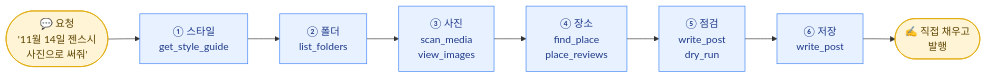
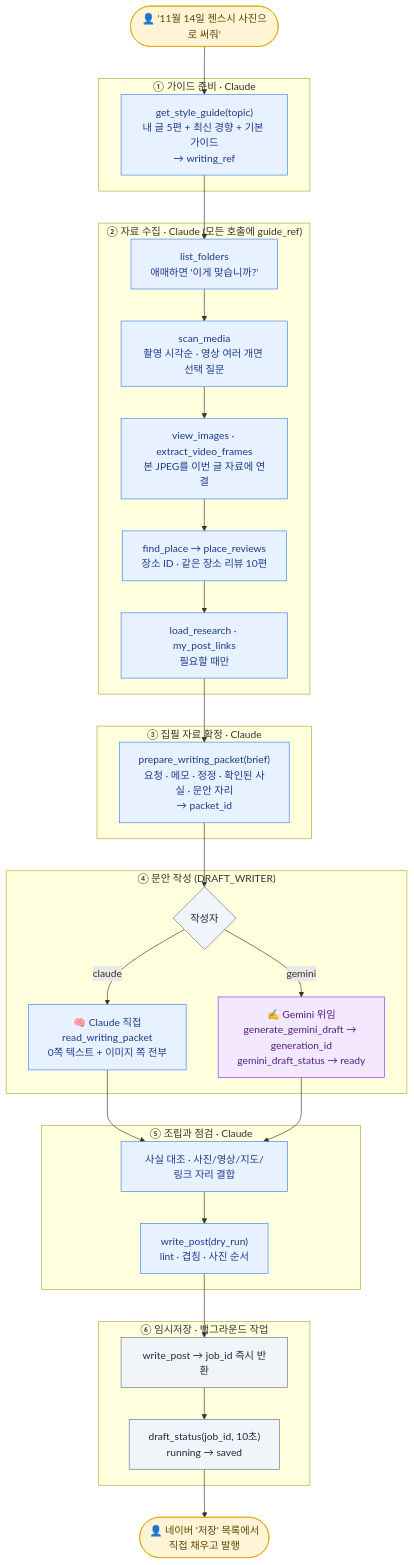
The second of 2 diagrams in README.md (yoonwanggyu/naverblog-mcp), drawn with Mermaid before and after one commit. The commit also changed other lines of this file and 33 other files, not shown here.

First line of the commit message:
임시저장 접수·조회 구조, Gemini 글쓰기 서브에이전트, 문서 최신화

````diff
--- a/README.md
+++ b/README.md
@@ -21,14 +64,44 @@
 ```mermaid
-flowchart LR
-    U(["💬 요청<br/>'11월 14일 젠스시<br/>사진으로 써줘'"]) --> S1
-    S1["① 스타일<br/>get_style_guide"] --> S2["② 폴더<br/>list_folders"]
-    S2 --> S3["③ 사진<br/>scan_media<br/>view_images"]
-    S3 --> S4["④ 장소<br/>find_place<br/>place_reviews"]
-    S4 --> S5["⑤ 점검<br/>write_post<br/>dry_run"]
-    S5 --> S6["⑥ 저장<br/>write_post"]
-    S6 --> P(["✍️ 직접 채우고<br/>발행"])
+flowchart TB
+    REQ(["👤 '11월 14일 젠스시 사진으로 써줘'"])
+    subgraph P1["① 가이드 준비 · Claude"]
+        A1["get_style_guide(topic)<br/>내 글 5편 + 최신 경향 + 기본 가이드<br/>→ writing_ref"]
+    end
+    subgraph P2["② 자료 수집 · Claude (모든 호출에 guide_ref)"]
+        B1["list_folders<br/>애매하면 '이게 맞습니까?'"] --> B2["scan_media<br/>촬영 시각순 · 영상 여러 개면 선택 질문"]
+        B2 --> B3["view_images · extract_video_frames<br/>본 JPEG를 이번 글 자료에 연결"]
+        B3 --> B4["find_place → place_reviews<br/>장소 ID · 같은 장소 리뷰 10편"]
+        B4 --> B5["load_research · my_post_links<br/>필요할 때만"]
+    end
+    subgraph P3["③ 집필 자료 확정 · Claude"]
+        C1["prepare_writing_packet(brief)<br/>요청 · 메모 · 정정 · 확인된 사실 · 문안 자리<br/>→ packet_id"]
+    end
+    subgraph P4["④ 문안 작성 (DRAFT_WRITER)"]
+        D0{"작성자"}
+        D1["🧠 Claude 직접<br/>read_writing_packet<br/>0쪽 텍스트 + 이미지 쪽 전부"]
+        D2["✍️ Gemini 위임<br/>generate_gemini_draft → generation_id<br/>gemini_draft_status → ready"]
+        D0 -->|claude| D1
+        D0 -->|gemini| D2
+    end
+    subgraph P5["⑤ 조립과 점검 · Claude"]
+        E1["사실 대조 · 사진/영상/지도/링크 자리 결합"] --> E2["write_post(dry_run)<br/>lint · 겹침 · 사진 순서"]
+    end
+    subgraph P6["⑥ 임시저장 · 백그라운드 작업"]
+        F1["write_post → job_id 즉시 반환"] --> F2["draft_status(job_id, 10초)<br/>running → saved"]
+    end
+    DONE(["👤 네이버 '저장' 목록에서<br/>직접 채우고 발행"])
+    REQ --> A1 --> B1
+    B5 --> C1 --> D0
+    D1 --> E1
+    D2 --> E1
+    E2 --> F1
+    F2 --> DONE
     classDef user fill:#FFF4D6,stroke:#E0A800,color:#5C4400
-    classDef step fill:#E8F1FF,stroke:#3B82F6,color:#1E3A8A
-    class U,P user
-    class S1,S2,S3,S4,S5,S6 step
+    classDef claude fill:#E8F1FF,stroke:#3B82F6,color:#1E3A8A
+    classDef gemini fill:#F3E8FF,stroke:#9333EA,color:#581C87
+    classDef job fill:#F1F5F9,stroke:#64748B,color:#1E293B
+    class REQ,DONE user
+    class A1,B1,B2,B3,B4,B5,C1,D1,E1,E2 claude
+    class D2 gemini
+    class D0,F1,F2 job
 ```
````
